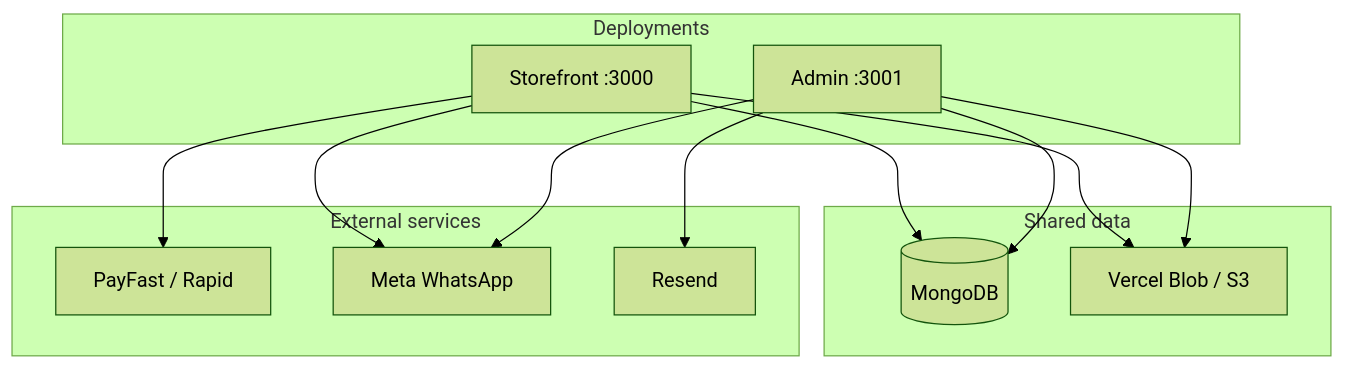
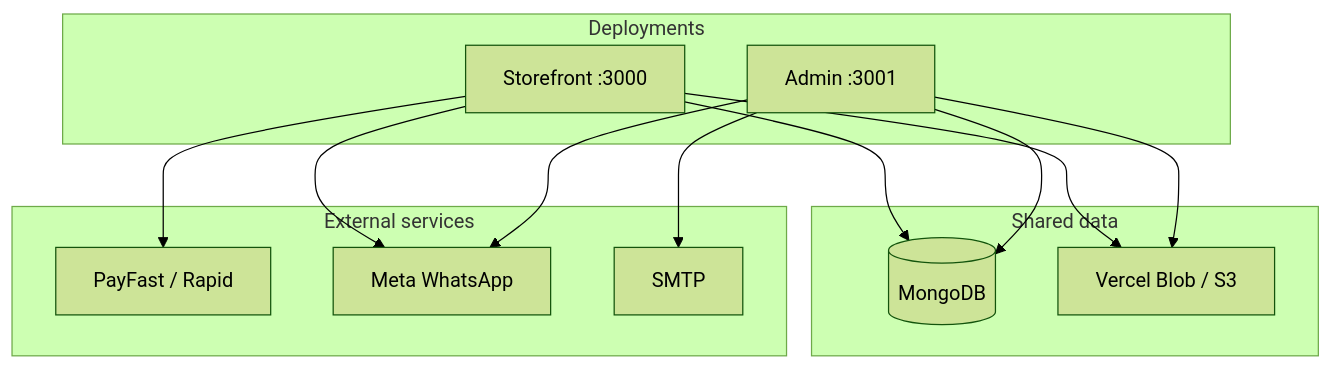
The first of 5 diagrams in docs/architecture.md (single-solution/ibrahimMobiles), drawn with Mermaid (forest theme) before and after one commit. The commit also changed other lines of this file and 17 other files, not shown here.

First line of the commit message:
feat(email): use SMTP only; remove Resend

````diff
--- a/docs/architecture.md
+++ b/docs/architecture.md
@@ -35,24 +35,24 @@
 ```mermaid
 graph TB
   subgraph deploy [Deployments]
     WEB[Storefront :3000]
     ADM[Admin :3001]
   end
   subgraph data [Shared data]
     MONGO[(MongoDB)]
     BLOB[Vercel Blob / S3]
   end
   subgraph external [External services]
     PF[PayFast / Rapid]
     WA[Meta WhatsApp]
-    RS[Resend]
+    RS[SMTP]
   end
   WEB --> MONGO
   ADM --> MONGO
   WEB --> BLOB
   ADM --> BLOB
   WEB --> PF
   WEB --> WA
   ADM --> RS
   ADM --> WA
 ```
````
